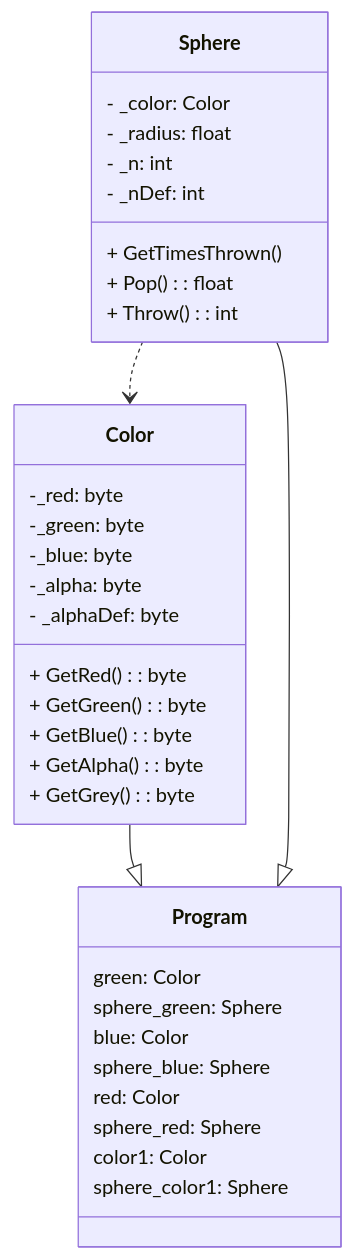
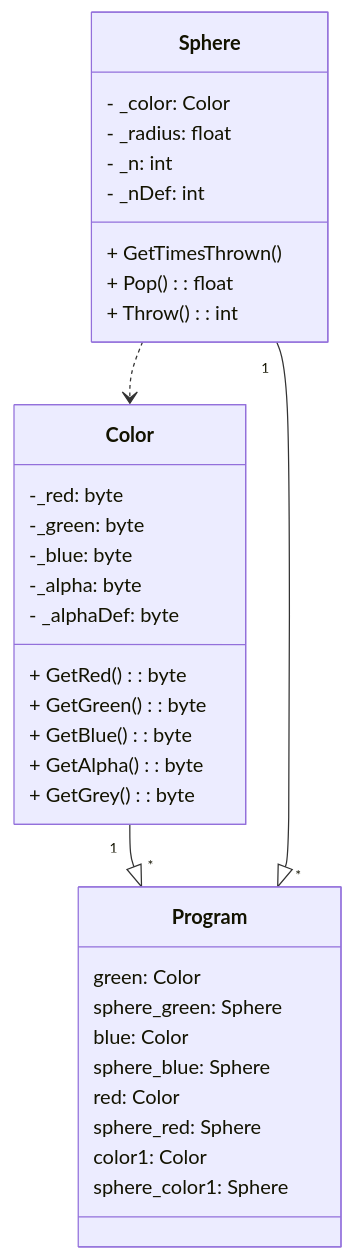
One commit to BrunoSilvaAlegria/LP1Semana06 changed the diagram in BetterColorSpheres/README.md. Above: the diagram before and after it, drawn with Mermaid.

Commit message:
Ex 7, updated connections and finished diagram

````diff
--- a/BetterColorSpheres/README.md
+++ b/BetterColorSpheres/README.md
@@ -1,42 +1,42 @@
 ``` mermaid
 
       classDiagram
       class Color {
             -_red: byte
             -_green: byte
             -_blue: byte
             -_alpha: byte
             - _alphaDef: byte
             + GetRed(): byte
             + GetGreen(): byte
             + GetBlue(): byte
             + GetAlpha(): byte
             + GetGrey(): byte
       }
 
       class Sphere {
             - _color: Color
             - _radius: float
             - _n: int
             - _nDef: int
             + GetTimesThrown()
             + Pop(): float
             + Throw(): int
       }
 
       class Program {
             green: Color
             sphere_green: Sphere
             blue: Color
             sphere_blue: Sphere
             red: Color
             sphere_red: Sphere
             color1: Color
             sphere_color1: Sphere
       }
 
-      Color --|> Program
-      Sphere --|> Program
+      Color "1" --|> "*" Program
+      Sphere "1" --|> "*" Program
       Sphere ..> Color
 
 ```
````
